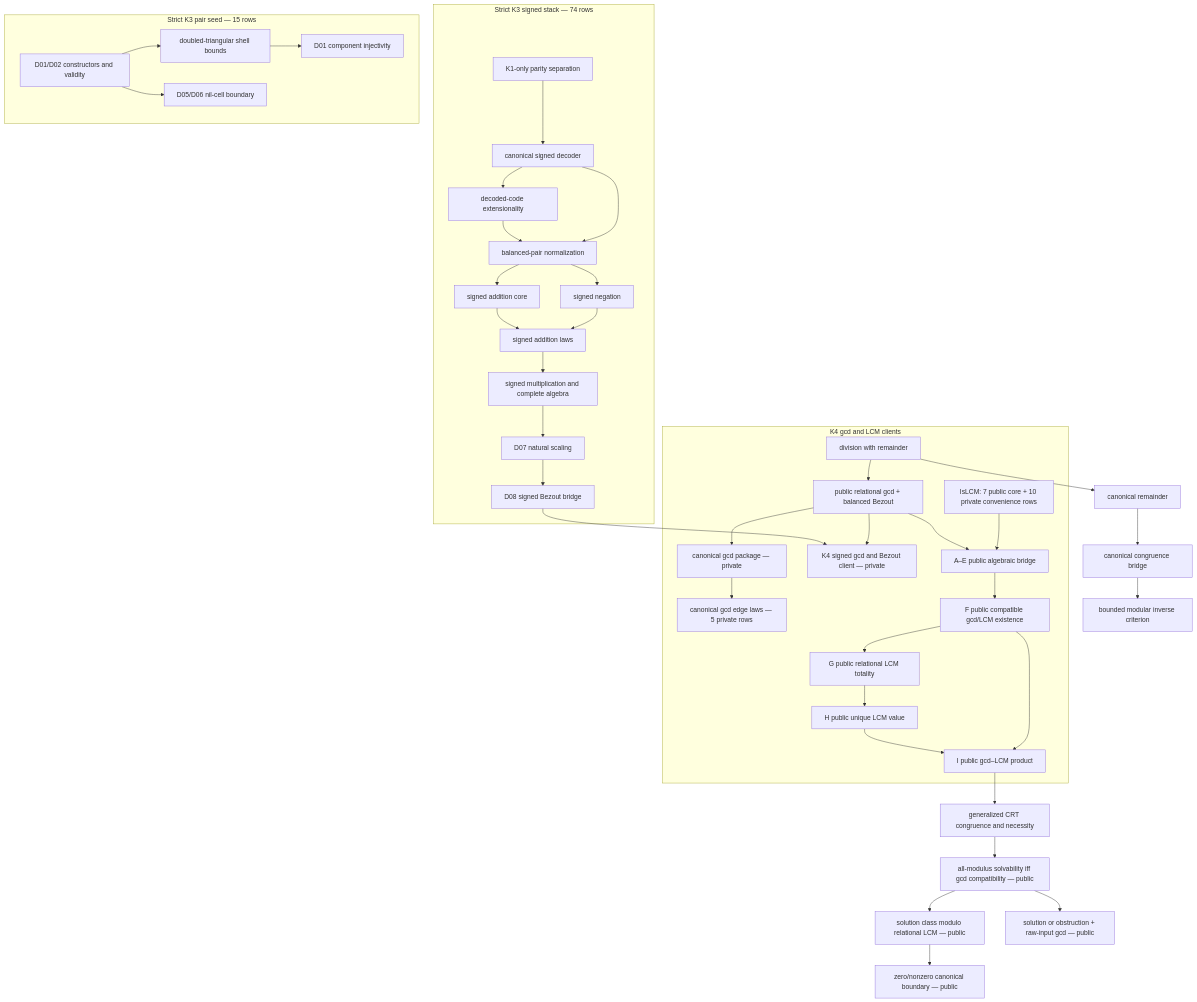
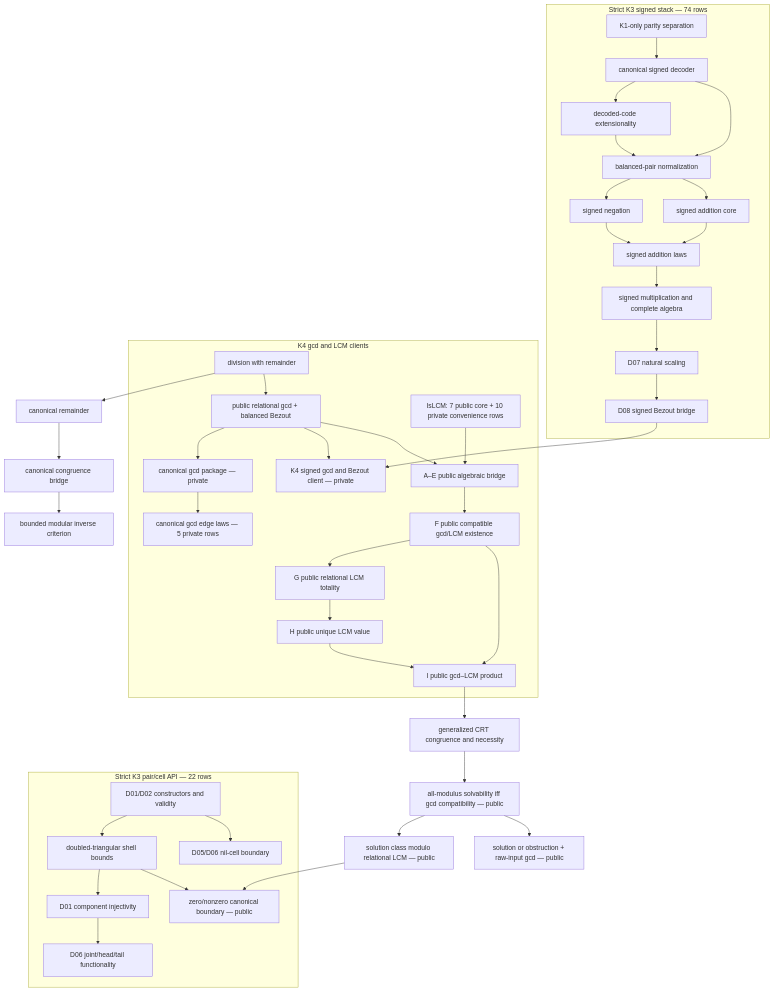
One commit to nasqret/vietnam2026 changed the diagram in vault/concepts/strict-ha-number-theory-campaign.md. Above: the diagram before and after it, drawn with Mermaid. The commit also changed other lines of this file and 17 other files, not shown here.

Commit message:
Close strict cell functionality and descent

````diff
--- a/vault/concepts/strict-ha-number-theory-campaign.md
+++ b/vault/concepts/strict-ha-number-theory-campaign.md
@@ -40,43 +40,45 @@
 ```mermaid
 flowchart TD
   D[division with remainder] --> R[canonical remainder]
   R --> C[canonical congruence bridge]
   C --> I[bounded modular inverse criterion]
   subgraph K3[Strict K3 signed stack — 74 rows]
     P[K1-only parity separation] --> S[canonical signed decoder]
     S --> E[decoded-code extensionality]
     S --> N[balanced-pair normalization]
     E --> N
     N --> SN[signed negation]
     N --> A[signed addition core]
     SN --> AL[signed addition laws]
     A --> AL
     AL --> M[signed multiplication and complete algebra]
     M --> D7[D07 natural scaling]
     D7 --> SB[D08 signed Bezout bridge]
   end
-  subgraph K3P[Strict K3 pair seed — 15 rows]
+  subgraph K3P[Strict K3 pair/cell API — 22 rows]
     PC[D01/D02 constructors and validity] --> PS[doubled-triangular shell bounds]
     PS --> PI[D01 component injectivity]
     PC --> PN[D05/D06 nil-cell boundary]
+    PI --> CF[D06 joint/head/tail functionality]
+    PS --> CB[D01 bounds and D06 strict descent]
   end
   subgraph K4[K4 gcd and LCM clients]
     D --> RG
     RG[public relational gcd + balanced Bezout] --> CG[canonical gcd package — private]
     CG --> GE[canonical gcd edge laws — 5 private rows]
     RG --> SG[K4 signed gcd and Bezout client — private]
     SB --> SG
     RL[IsLCM: 7 public core + 10 private convenience rows] --> BF[A–E public algebraic bridge]
     RG --> BF
     BF --> CE[F public compatible gcd/LCM existence]
     CE --> LT[G public relational LCM totality]
     LT --> LU[H public unique LCM value]
     CE --> GP[I public gcd–LCM product]
     LU --> GP
   end
   GP --> GC[generalized CRT congruence and necessity]
   GC --> GS[all-modulus solvability iff gcd compatibility — public]
   GS --> CL[solution class modulo relational LCM — public]
   CL --> CB[zero/nonzero canonical boundary — public]
   GS --> ED[solution or obstruction + raw-input gcd — public]
 ```
````
